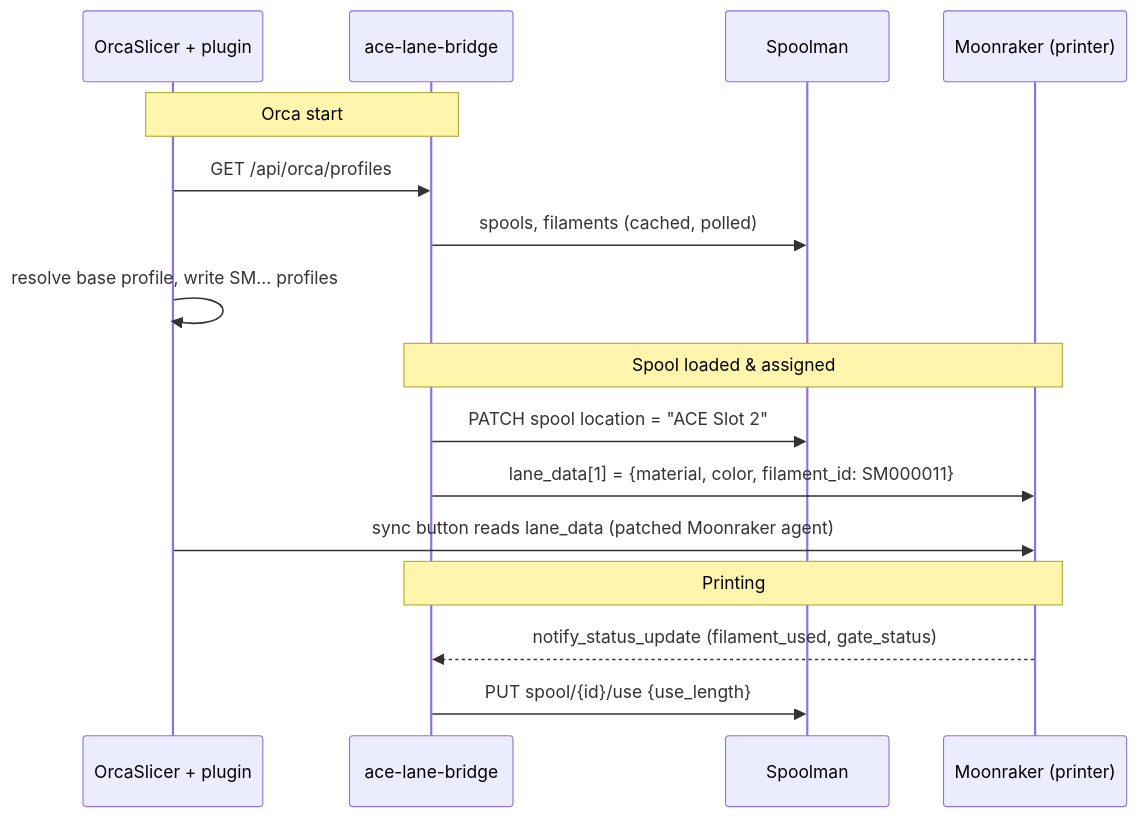
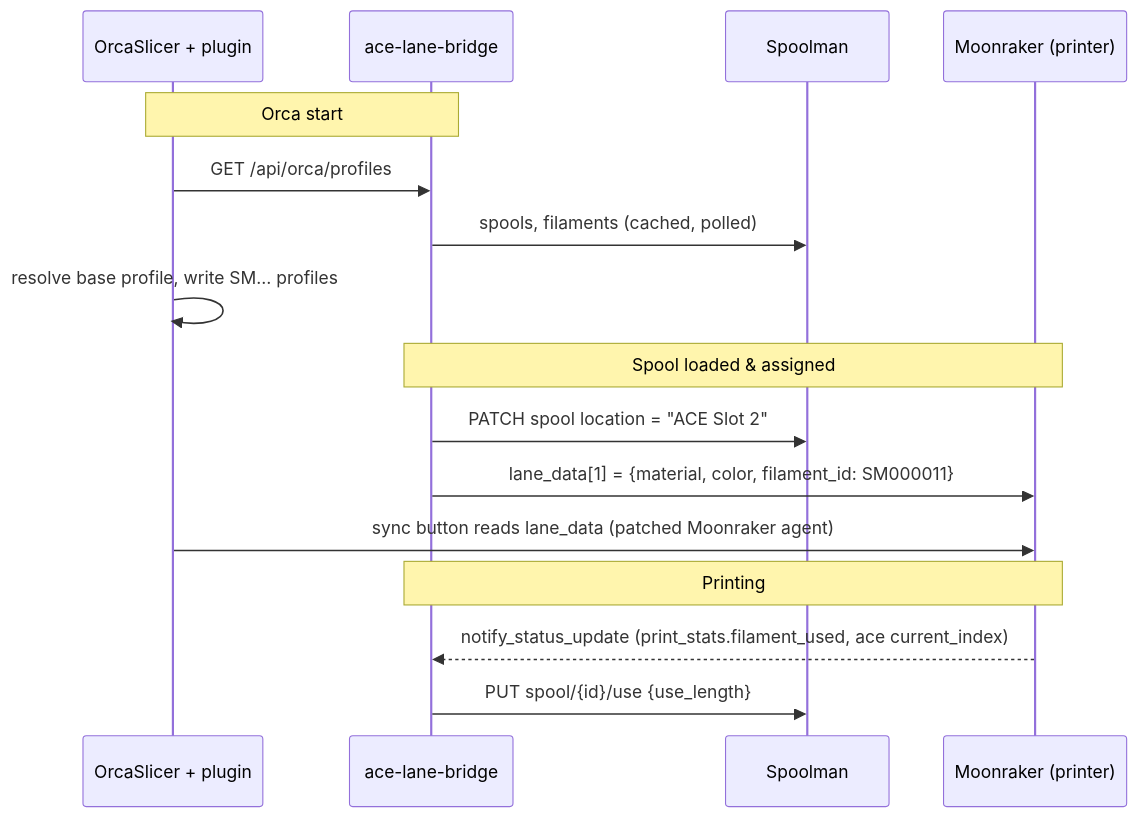
One commit to xNoVoSx/kobra-spoolman changed the diagram in docs/architecture.md. Above: the diagram before and after it, drawn with Mermaid. The commit also changed other lines of this file and 8 other files, not shown here.

Commit message:
Docs: in-app changelog 3.0.0–3.4.0 (last 10 shown), README, architecture, app and usage pages for Auto-PA, Z offset, resume, clog; test that every version is documented

````diff
--- a/docs/architecture.md
+++ b/docs/architecture.md
@@ -18,19 +18,19 @@
 ```mermaid
 sequenceDiagram
     participant O as OrcaSlicer + plugin
     participant B as ace-lane-bridge
     participant S as Spoolman
     participant M as Moonraker (printer)
 
     Note over O,B: Orca start
     O->>B: GET /api/orca/profiles
     B->>S: spools, filaments (cached, polled)
     O->>O: resolve base profile, write SM… profiles
     Note over B,M: Spool loaded & assigned
     B->>S: PATCH spool location = "ACE Slot 2"
     B->>M: lane_data[1] = {material, color, filament_id: SM000011}
     O->>M: sync button reads lane_data (patched Moonraker agent)
     Note over B,M: Printing
-    M-->>B: notify_status_update (filament_used, gate_status)
+    M-->>B: notify_status_update (print_stats.filament_used, ace current_index)
     B->>S: PUT spool/{id}/use {use_length}
 ```
````
